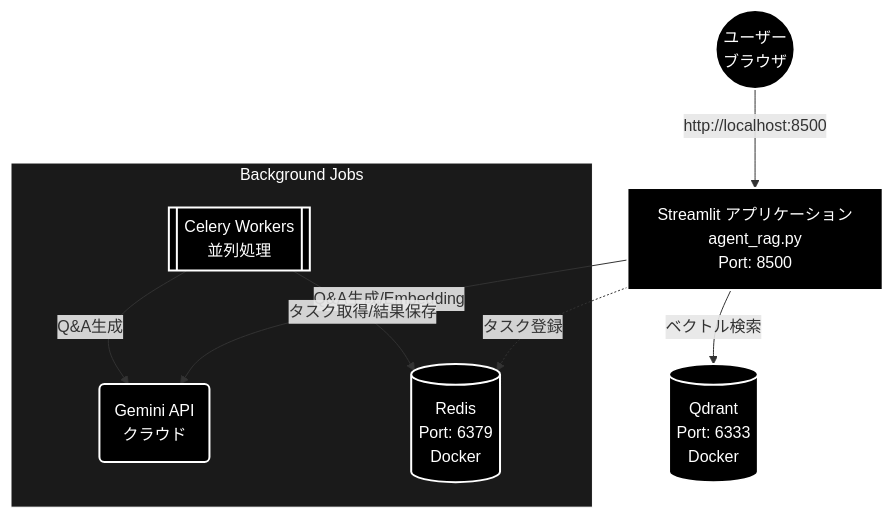
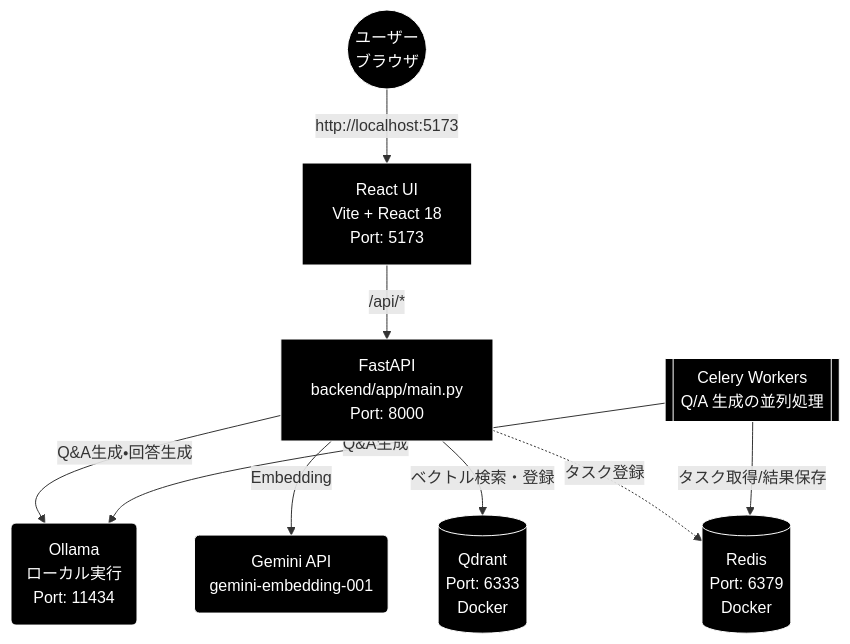
Before and after one commit to nakashima2toshio/grace_v2_local: the diagram in qa_qdrant/docs/01_install.md, drawn with Mermaid. The commit also changed other lines of this file and 5 other files, not shown here.

````diff
--- a/qa_qdrant/docs/01_install.md
+++ b/qa_qdrant/docs/01_install.md
@@ -68,25 +85,14 @@
 ```mermaid
 graph TD
-    User((ユーザー<br>ブラウザ)) -->|http://localhost:8500| Streamlit[Streamlit アプリケーション<br>agent_rag.py<br>Port: 8500]
-  
-    Streamlit -->|Q&A生成/Embedding| Gemini(Gemini API<br>クラウド)
-    Streamlit -->|ベクトル検索| Qdrant[(Qdrant<br>Port: 6333<br>Docker)]
-    Streamlit -.->|タスク登録| Redis[(Redis<br>Port: 6379<br>Docker)]
-  
-    subgraph BGJOBS["Background Jobs"]
-        Celery[[Celery Workers<br>並列処理]]
-        Celery -->|タスク取得/結果保存| Redis
-        Celery -->|Q&A生成| Gemini
-    end
-
-    style User fill:#000,stroke:#fff,stroke-width:2px,color:#fff
-    style Streamlit fill:#000,stroke:#fff,stroke-width:2px,color:#fff
-    style Gemini fill:#000,stroke:#fff,stroke-width:2px,color:#fff
-    style Qdrant fill:#000,stroke:#fff,stroke-width:2px,color:#fff
-    style Redis fill:#000,stroke:#fff,stroke-width:2px,color:#fff
-    style Celery fill:#000,stroke:#fff,stroke-width:2px,color:#fff
+    User((ユーザー<br>ブラウザ)) -->|http://localhost:5173| React[React UI<br>Vite + React 18<br>Port: 5173]
+    React -->|/api/*| API[FastAPI<br>backend/app/main.py<br>Port: 8000]
+    API -->|Q&A生成・回答生成| Ollama(Ollama<br>ローカル実行<br>Port: 11434)
+    API -->|Embedding| Gemini(Gemini API<br>gemini-embedding-001)
+    API -->|ベクトル検索・登録| Qdrant[(Qdrant<br>Port: 6333<br>Docker)]
+    API -.->|タスク登録| Redis[(Redis<br>Port: 6379<br>Docker)]
+    Celery[[Celery Workers<br>Q/A 生成の並列処理]]
+    Celery -->|タスク取得/結果保存| Redis
+    Celery -->|Q&A生成| Ollama
 classDef default fill:#000,stroke:#fff,color:#fff
-classDef subgraphStyle fill:#1a1a1a,stroke:#fff,color:#fff
-class Streamlit,Gemini,Qdrant,Redis,Celery default
-style BGJOBS fill:#1a1a1a,stroke:#fff,color:#fff
+class User,React,API,Ollama,Gemini,Qdrant,Redis,Celery default
 ```
````
